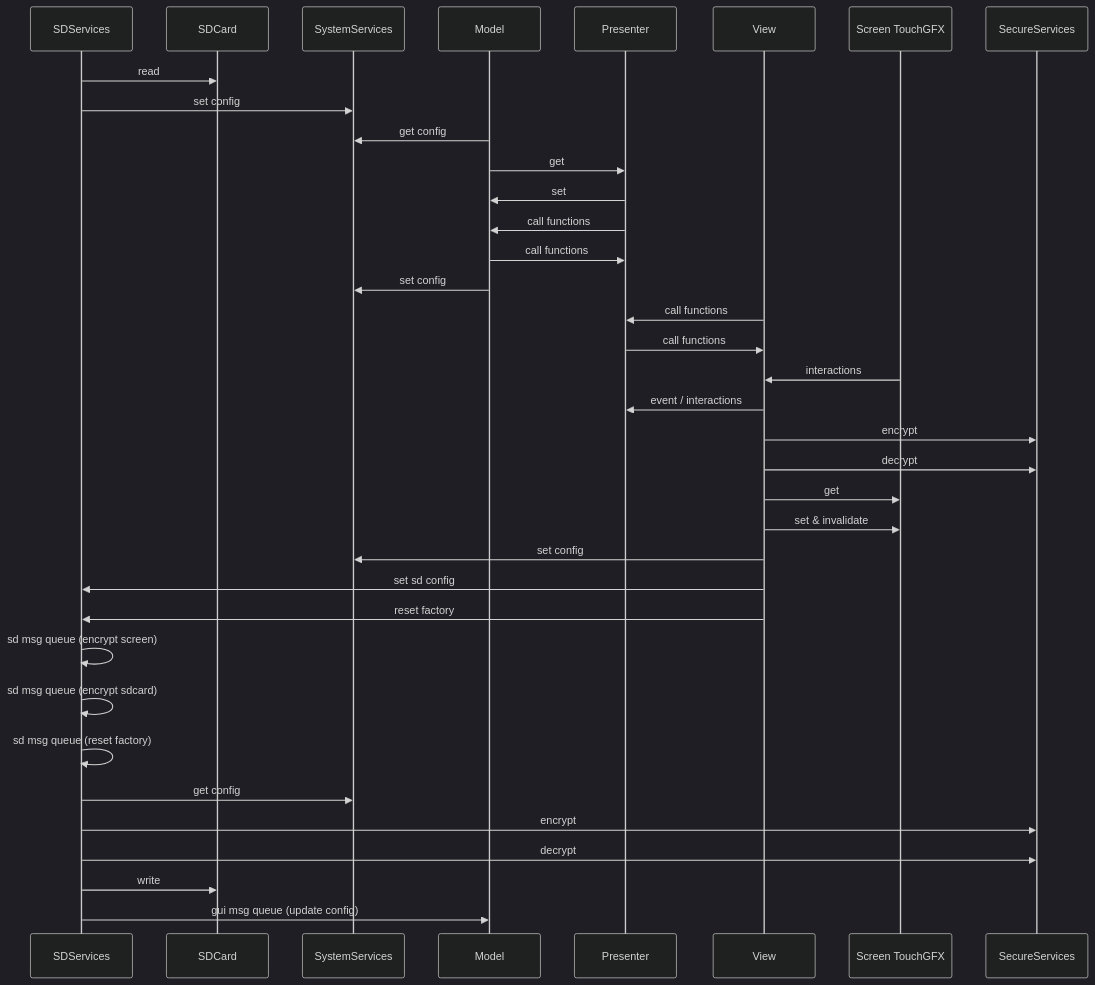
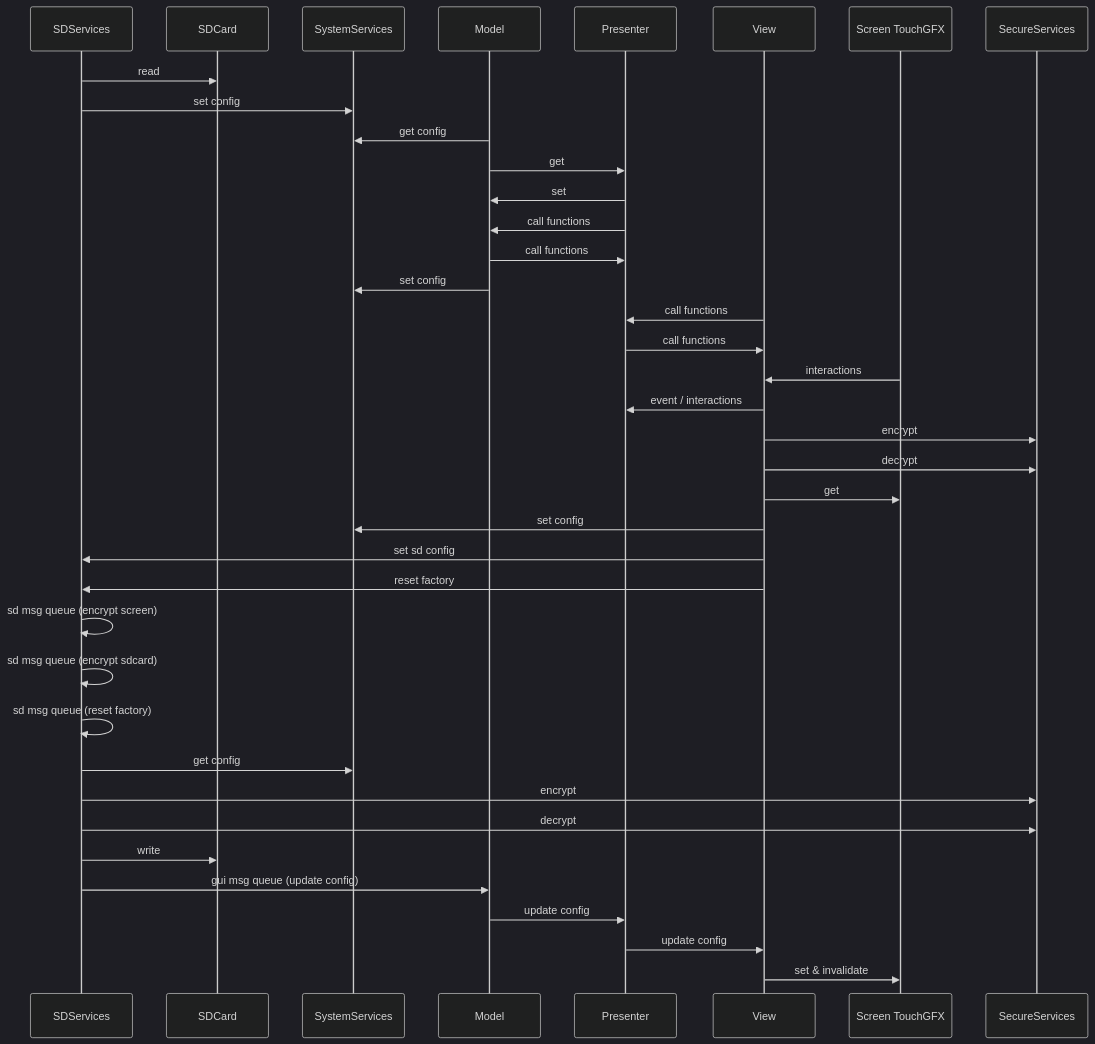
The fourth of 4 diagrams in README.md (packetqc/MPLIB), drawn with Mermaid (dark theme) before and after one commit.

````diff
--- a/README.md
+++ b/README.md
@@ -100,30 +100,32 @@
 ```mermaid
 sequenceDiagram  
 SDServices ->> SDCard: read
 SDServices ->> SystemServices: set config
 Model ->> SystemServices: get config
 Model ->> Presenter: get
 Presenter ->> Model: set
 Presenter ->> Model: call functions
 Model ->> Presenter: call functions
 Model ->> SystemServices: set config
 View ->> Presenter: call functions
 Presenter ->> View: call functions
 Screen TouchGFX ->> View: interactions
 View ->> Presenter: event / interactions
 View ->> SecureServices: encrypt
 View ->> SecureServices: decrypt
 View ->> Screen TouchGFX: get
-View ->> Screen TouchGFX: set & invalidate
 View ->> SystemServices: set config
 View ->> SDServices: set sd config
 View ->> SDServices: reset factory
 SDServices ->> SDServices: sd msg queue (encrypt screen)
 SDServices ->> SDServices: sd msg queue (encrypt sdcard)
 SDServices ->> SDServices: sd msg queue (reset factory)
 SDServices ->> SystemServices: get config
 SDServices ->> SecureServices: encrypt
 SDServices ->> SecureServices: decrypt
 SDServices ->> SDCard: write
 SDServices ->> Model: gui msg queue (update config)
+Model ->> Presenter: update config
+Presenter ->> View: update config
+View ->> Screen TouchGFX: set & invalidate
 ```
````
